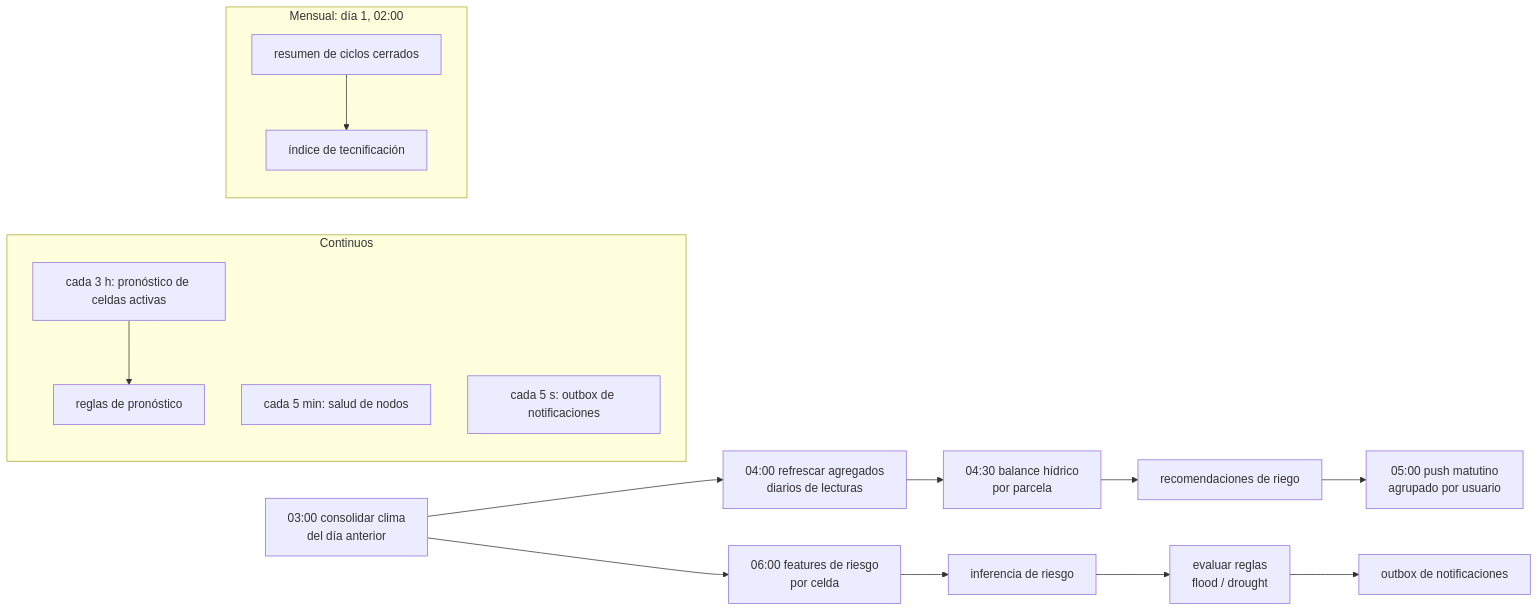
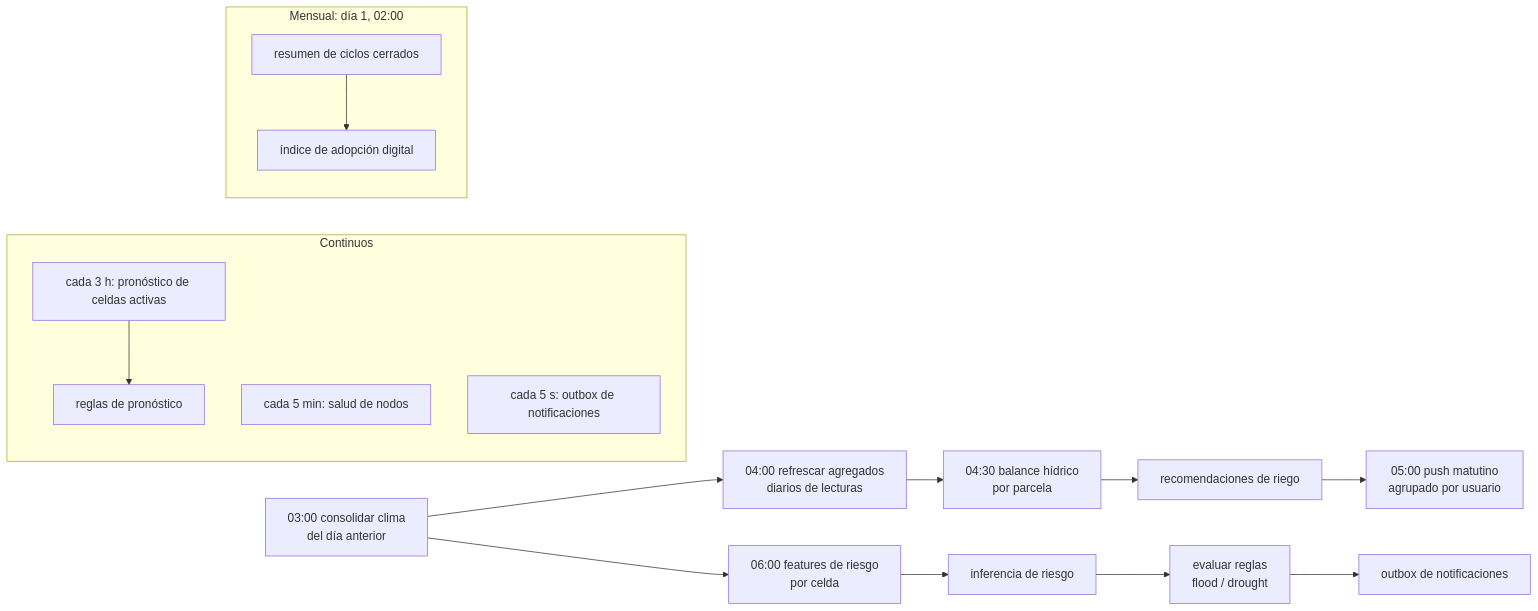
Before and after one commit to jab16jy/techcamp-v2: the third of 3 diagrams in docs/10-dag.md, drawn with Mermaid. The commit also changed other lines of this file and 10 other files, not shown here.

````diff
--- a/docs/10-dag.md
+++ b/docs/10-dag.md
@@ -153,21 +158,21 @@
 ```mermaid
 flowchart LR
   a[03:00 consolidar clima<br/>del día anterior] --> b[04:00 refrescar agregados<br/>diarios de lecturas]
   b --> c[04:30 balance hídrico<br/>por parcela]
   c --> d[recomendaciones de riego]
   d --> e[05:00 push matutino<br/>agrupado por usuario]
   a --> f[06:00 features de riesgo<br/>por celda]
   f --> g[inferencia de riesgo]
   g --> h[evaluar reglas<br/>flood / drought]
   h --> i[outbox de notificaciones]
 
   subgraph continuos [Continuos]
     k[cada 3 h: pronóstico de celdas activas] --> l[reglas de pronóstico]
     m[cada 5 min: salud de nodos]
     n[cada 5 s: outbox de notificaciones]
   end
 
   subgraph mensual [Mensual: día 1, 02:00]
-    o[resumen de ciclos cerrados] --> p[índice de tecnificación]
+    o[resumen de ciclos cerrados] --> p[índice de adopción digital]
   end
 ```
````
